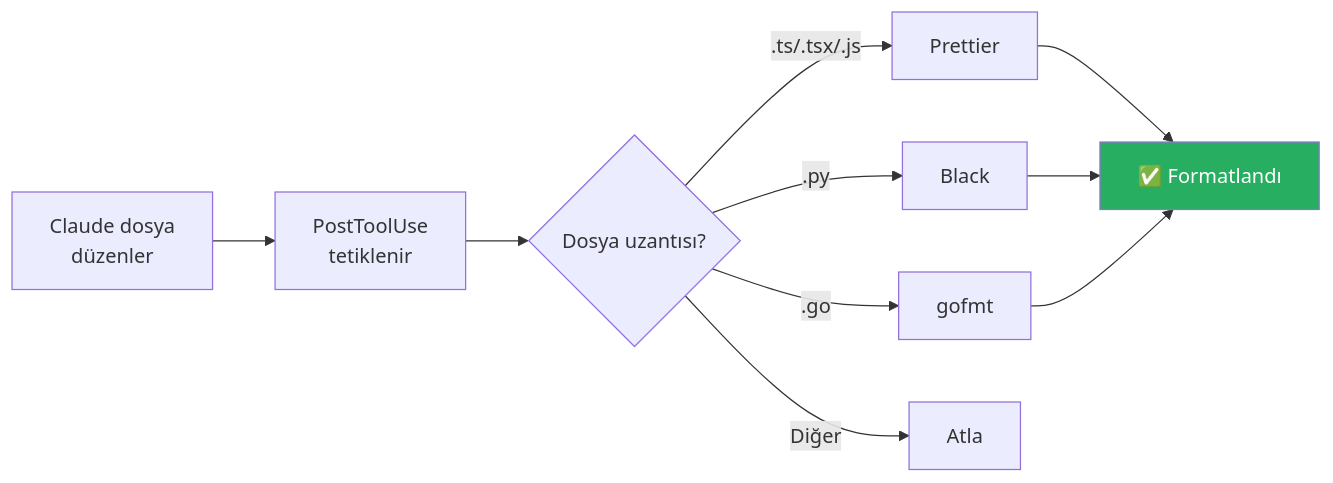
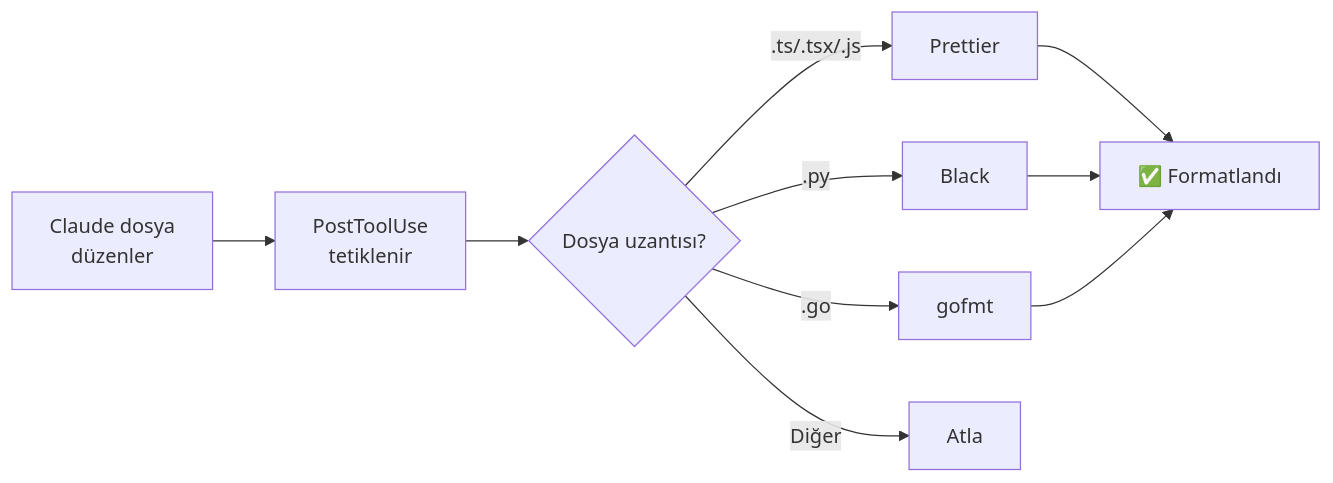
One commit to IzzetYasinAtes/ClaudeCodeHandbook changed the second of 9 diagrams in 14-hooks-ve-otomasyon/05-hook-ornekleri-ve-tarifler.md. Above: the diagram before and after it, drawn with Mermaid. The commit also changed other lines of this file and 97 other files, not shown here.

Commit message:
Remove all custom Mermaid style/fill colors from 98 markdown files for consistent dark theme rendering

````diff
--- a/14-hooks-ve-otomasyon/05-hook-ornekleri-ve-tarifler.md
+++ b/14-hooks-ve-otomasyon/05-hook-ornekleri-ve-tarifler.md
@@ -56,14 +46,13 @@
 ```mermaid
 flowchart LR
     A["Claude dosya<br/>düzenler"] --> B["PostToolUse<br/>tetiklenir"]
     B --> C{"Dosya uzantısı?"}
     C -->|".ts/.tsx/.js"| D["Prettier"]
     C -->|".py"| E["Black"]
     C -->|".go"| F["gofmt"]
     C -->|Diğer| G["Atla"]
     D --> H["✅ Formatlandı"]
     E --> H
     F --> H
 
-    style H fill:#27AE60,color:#fff
 ```
````
